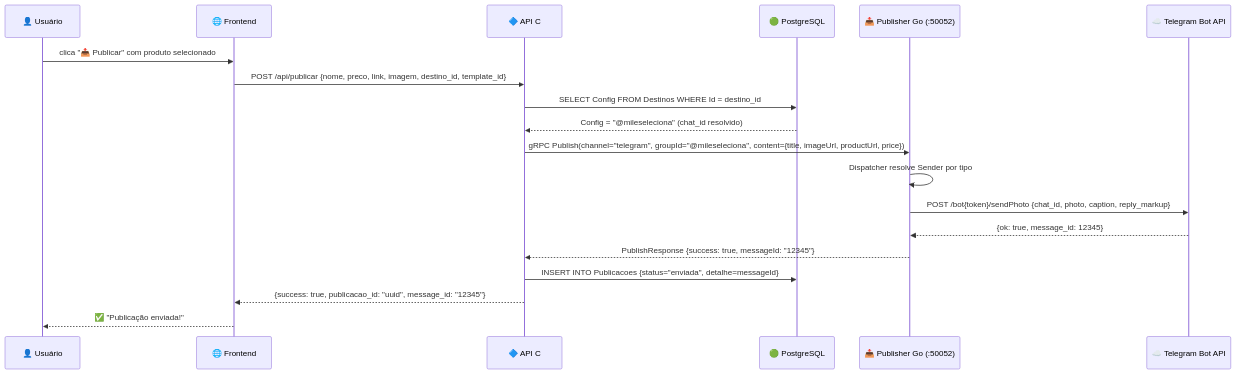
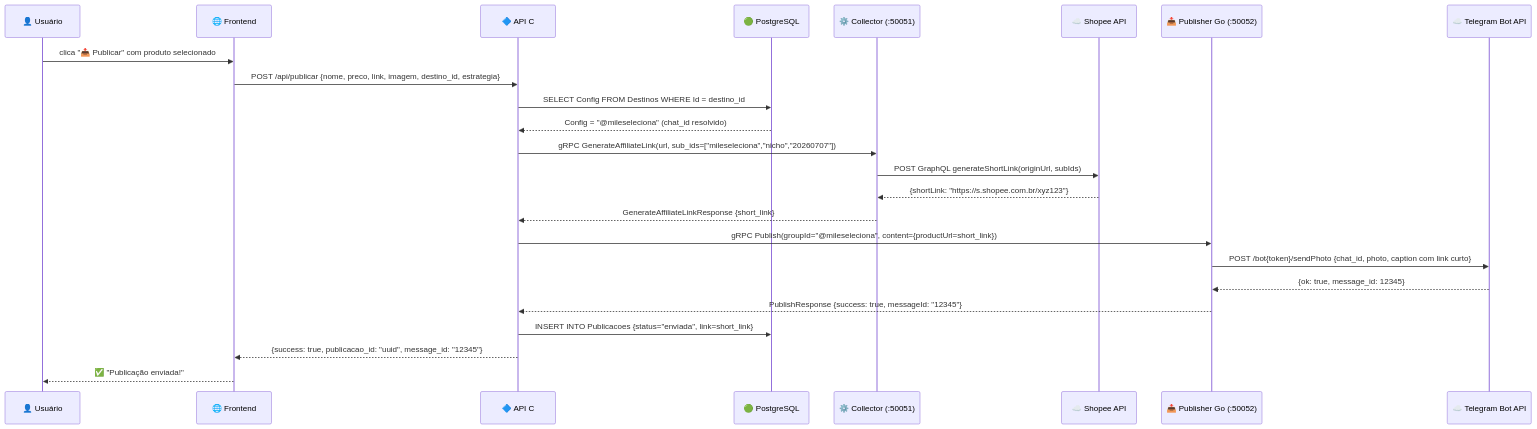
One commit to fmarquesfilho/garimpo changed the second of 12 diagrams in docs/08-fluxos-sequencia.md. Above: the diagram before and after it, drawn with Mermaid. The commit also changed other lines of this file and 1 other file, not shown here.

First line of the commit message:
docs: atualizar fluxos com GenerateAffiliateLink e publicação agendada

````diff
--- a/docs/08-fluxos-sequencia.md
+++ b/docs/08-fluxos-sequencia.md
@@ -63,22 +64,27 @@
 ```mermaid
 sequenceDiagram
     participant U as 👤 Usuário
     participant F as 🌐 Frontend
     participant A as 🔷 API C# (:8080)
     participant PG as 🟢 PostgreSQL
+    participant C as ⚙️ Collector (:50051)
+    participant S as ☁️ Shopee API
     participant P as 📤 Publisher Go (:50052)
     participant T as ☁️ Telegram Bot API
 
     U->>F: clica "📤 Publicar" com produto selecionado
-    F->>A: POST /api/publicar {nome, preco, link, imagem, destino_id, template_id}
+    F->>A: POST /api/publicar {nome, preco, link, imagem, destino_id, estrategia}
     A->>PG: SELECT Config FROM Destinos WHERE Id = destino_id
     PG-->>A: Config = "@mileseleciona" (chat_id resolvido)
-    A->>P: gRPC Publish(channel="telegram", groupId="@mileseleciona", content={title, imageUrl, productUrl, price})
-    P->>P: Dispatcher resolve Sender por tipo
-    P->>T: POST /bot{token}/sendPhoto {chat_id, photo, caption, reply_markup}
+    A->>C: gRPC GenerateAffiliateLink(url, sub_ids=["mileseleciona","nicho","20260707"])
+    C->>S: POST GraphQL generateShortLink(originUrl, subIds)
+    S-->>C: {shortLink: "https://s.shopee.com.br/xyz123"}
+    C-->>A: GenerateAffiliateLinkResponse {short_link}
+    A->>P: gRPC Publish(groupId="@mileseleciona", content={productUrl=short_link})
+    P->>T: POST /bot{token}/sendPhoto {chat_id, photo, caption com link curto}
     T-->>P: {ok: true, message_id: 12345}
     P-->>A: PublishResponse {success: true, messageId: "12345"}
-    A->>PG: INSERT INTO Publicacoes {status="enviada", detalhe=messageId}
+    A->>PG: INSERT INTO Publicacoes {status="enviada", link=short_link}
     A-->>F: {success: true, publicacao_id: "uuid", message_id: "12345"}
     F-->>U: ✅ "Publicação enviada!"
 ```
````
